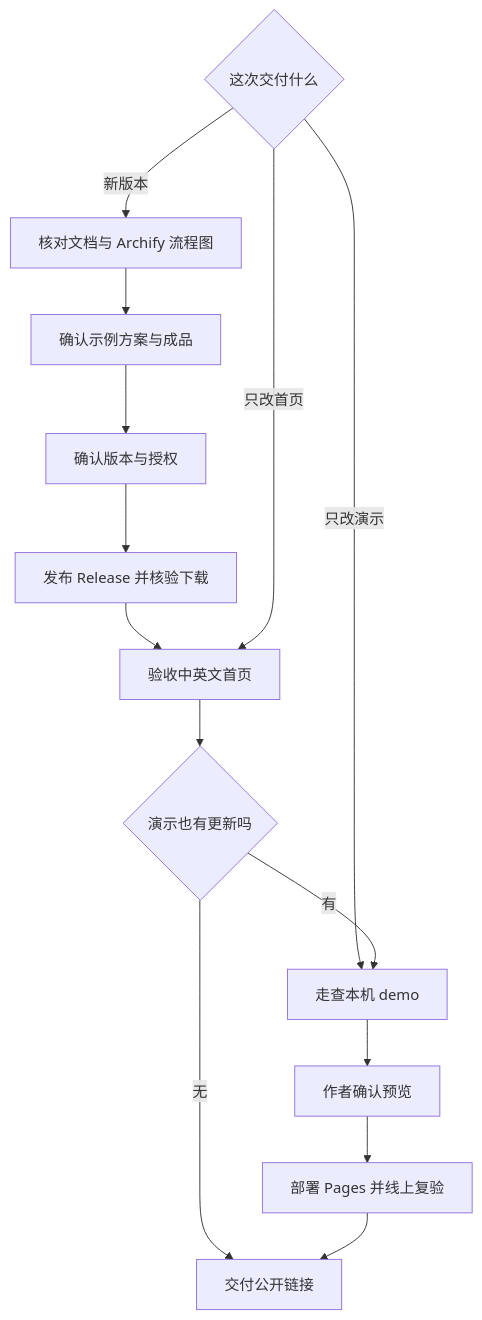
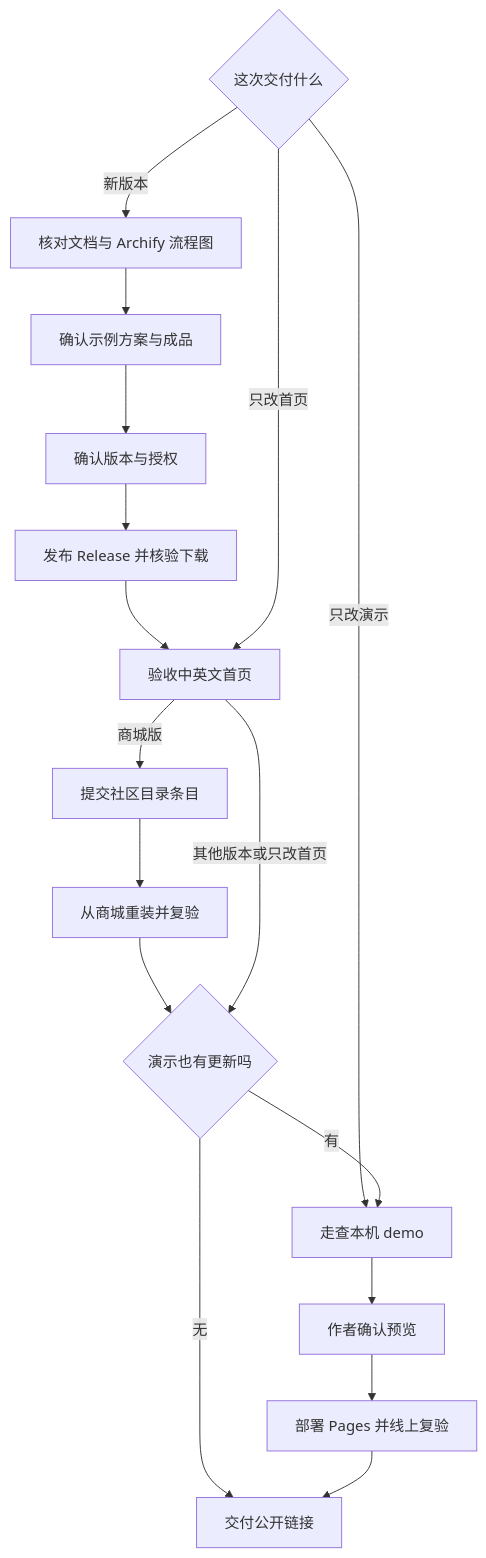
One commit to RJ2045-PRC/ManuScript changed the diagram in docs/11-release.md. Above: the diagram before and after it, drawn with Mermaid. The commit also changed other lines of this file and 15 other files, not shown here.

````diff
--- a/docs/11-release.md
+++ b/docs/11-release.md
@@ -5,16 +5,19 @@
 ```mermaid
 flowchart TD
     A{这次交付什么} -->|新版本| B[核对文档与 Archify 流程图]
     B --> C[确认示例方案与成品]
     C --> D[确认版本与授权]
     D --> E[发布 Release 并核验下载]
     E --> F[验收中英文首页]
+    F -->|商城版| M[提交社区目录条目]
+    M --> N[从商城重装并复验]
+    N --> H
     A -->|只改首页| F
     A -->|只改演示| G[走查本机 demo]
-    F --> H{演示也有更新吗}
+    F -->|其他版本或只改首页| H{演示也有更新吗}
     H -->|有| G
     H -->|无| I[交付公开链接]
     G --> J[作者确认预览]
     J --> K[部署 Pages 并线上复验]
     K --> I
 ```
````
